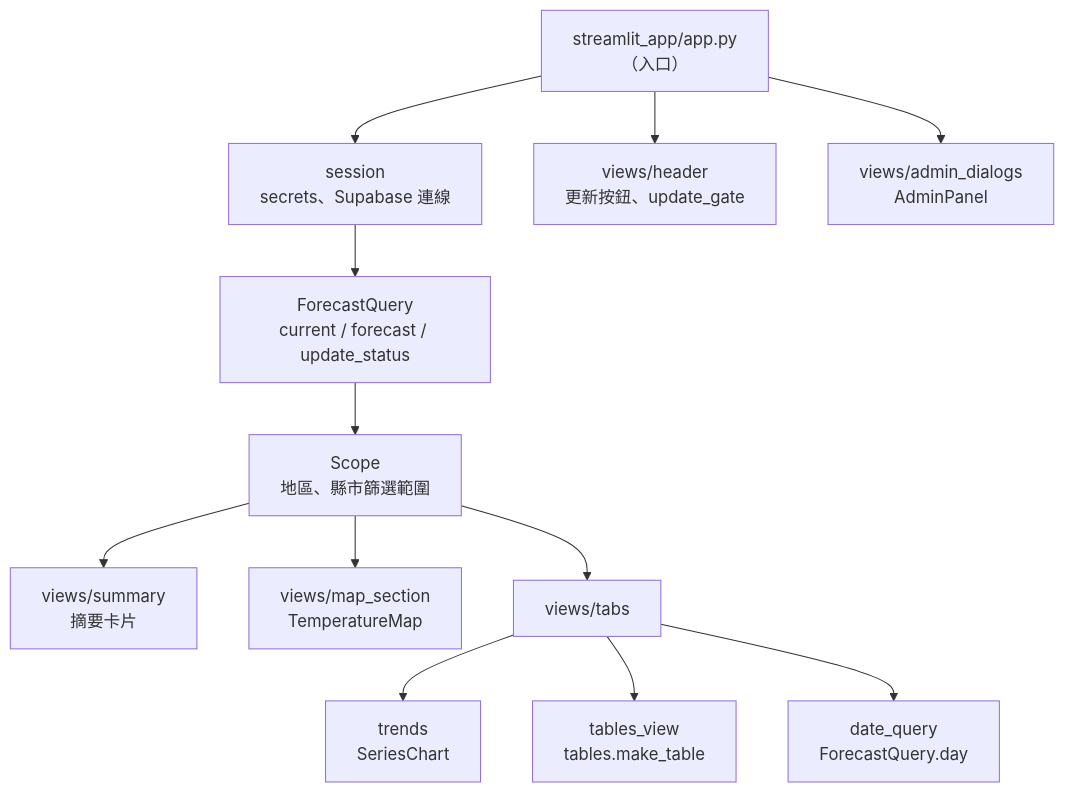
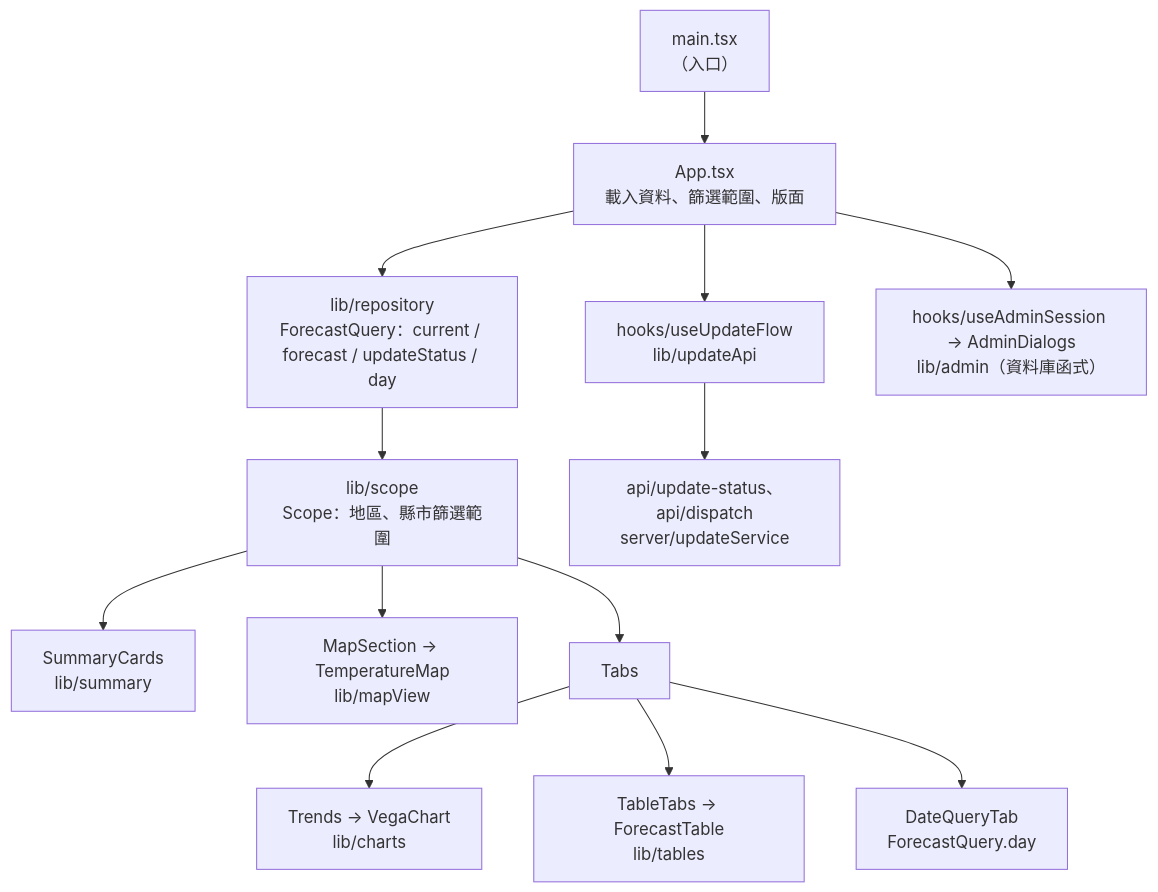
One commit to hobartXIII/tw_forecast changed the third of 3 diagrams in forecast/ARCHITECTURE.md. Above: the diagram before and after it, drawn with Mermaid. The commit also changed other lines of this file and 50 other files, not shown here.

Commit message:
Vercel 前端階段 7：切換正式入口為 Vercel，刪除 main 上的 Streamlit 前端並更新文件（SPEC v2.0.0）

````diff
--- a/forecast/ARCHITECTURE.md
+++ b/forecast/ARCHITECTURE.md
@@ -119,14 +123,15 @@
 ```mermaid
 flowchart TD
-    A["streamlit_app/app.py<br/>（入口）"] --> B["session<br/>secrets、Supabase 連線"]
-    B --> C["ForecastQuery<br/>current / forecast / update_status"]
-    C --> D["Scope<br/>地區、縣市篩選範圍"]
-    D --> E["views/summary<br/>摘要卡片"]
-    D --> F["views/map_section<br/>TemperatureMap"]
-    D --> G["views/tabs"]
-    G --> G1["trends<br/>SeriesChart"]
-    G --> G2["tables_view<br/>tables.make_table"]
-    G --> G3["date_query<br/>ForecastQuery.day"]
-    A --> H["views/header<br/>更新按鈕、update_gate"]
-    A --> I["views/admin_dialogs<br/>AdminPanel"]
+    A["main.tsx<br/>（入口）"] --> B["App.tsx<br/>載入資料、篩選範圍、版面"]
+    B --> C["lib/repository<br/>ForecastQuery：current / forecast / updateStatus / day"]
+    C --> D["lib/scope<br/>Scope：地區、縣市篩選範圍"]
+    D --> E["SummaryCards<br/>lib/summary"]
+    D --> F["MapSection → TemperatureMap<br/>lib/mapView"]
+    D --> G["Tabs"]
+    G --> G1["Trends → VegaChart<br/>lib/charts"]
+    G --> G2["TableTabs → ForecastTable<br/>lib/tables"]
+    G --> G3["DateQueryTab<br/>ForecastQuery.day"]
+    B --> H["hooks/useUpdateFlow<br/>lib/updateApi"]
+    H --> H1["api/update-status、api/dispatch<br/>server/updateService"]
+    B --> I["hooks/useAdminSession → AdminDialogs<br/>lib/admin（資料庫函式）"]
 ```
````
